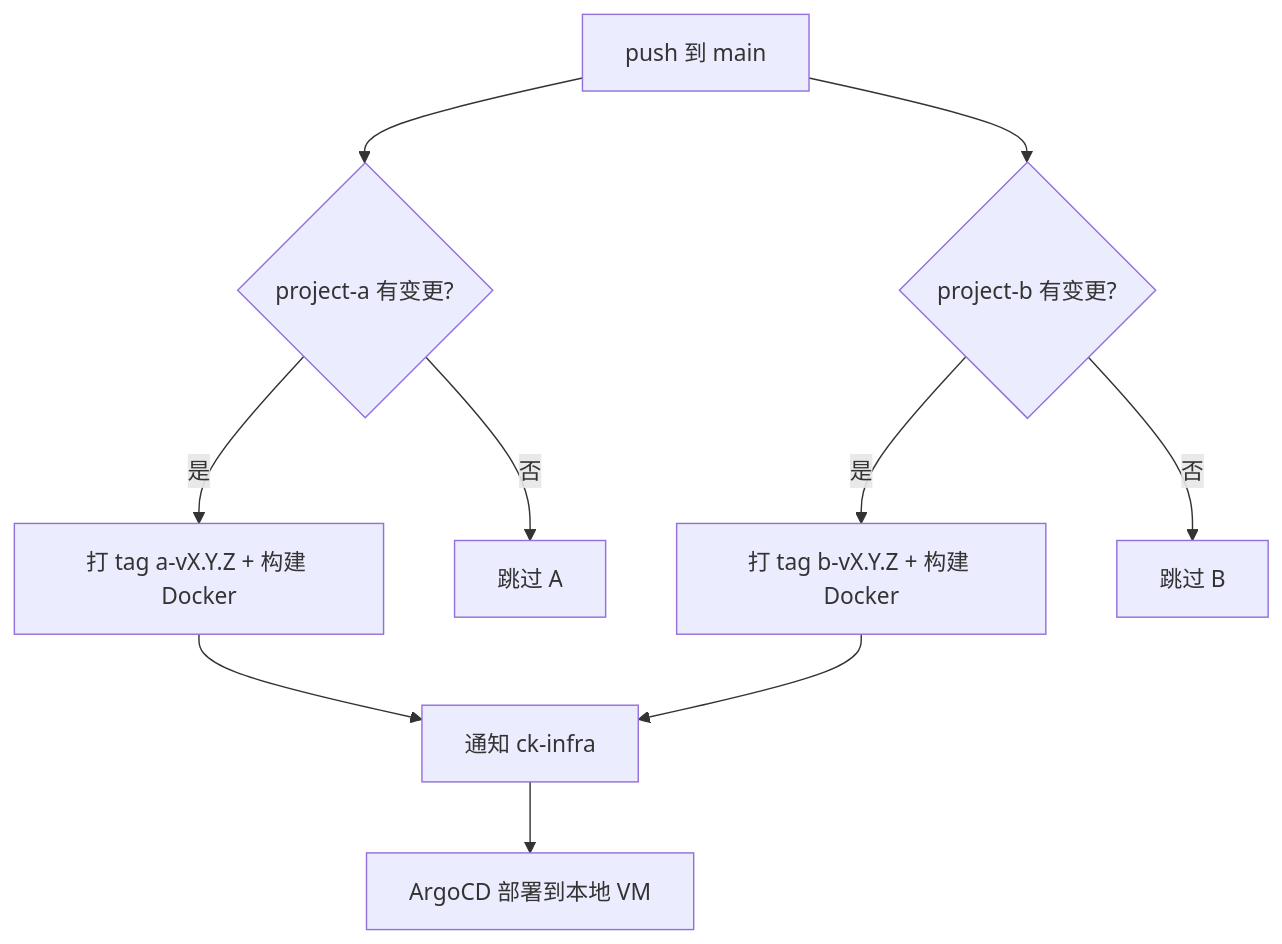
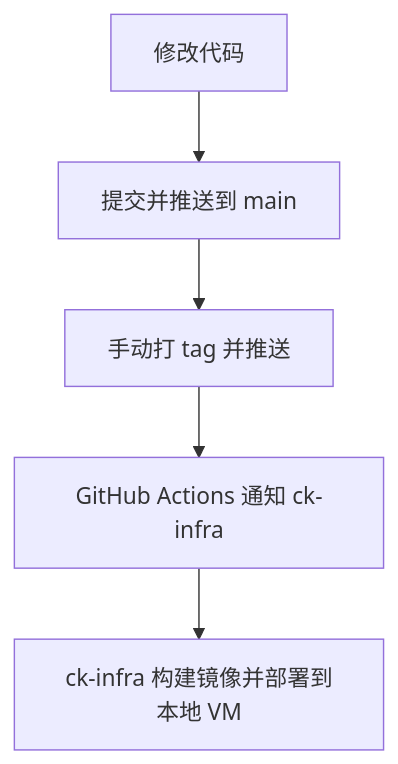
The diagram in README.md (zhang-zixu/ck-develop), drawn with Mermaid before and after one commit. The commit also changed other lines of this file and 4 other files, not shown here.

Commit message:
refactor(ci): simplify workflow to only notify ck-infra on manual tag push

````diff
--- a/README.md
+++ b/README.md
@@ -47,12 +49,7 @@
 ```mermaid
 flowchart TD
-    A[push 到 main] --> B{project-a 有变更?}
-    A --> C{project-b 有变更?}
-    B -->|是| D[打 tag a-vX.Y.Z + 构建 Docker]
-    B -->|否| E[跳过 A]
-    C -->|是| F[打 tag b-vX.Y.Z + 构建 Docker]
-    C -->|否| G[跳过 B]
-    D --> H[通知 ck-infra]
-    F --> H
-    H --> I[ArgoCD 部署到本地 VM]
+    A[修改代码] --> B[提交并推送到 main]
+    B --> C[手动打 tag 并推送]
+    C --> D[GitHub Actions 通知 ck-infra]
+    D --> E[ck-infra 构建镜像并部署到本地 VM]
 ```
````
